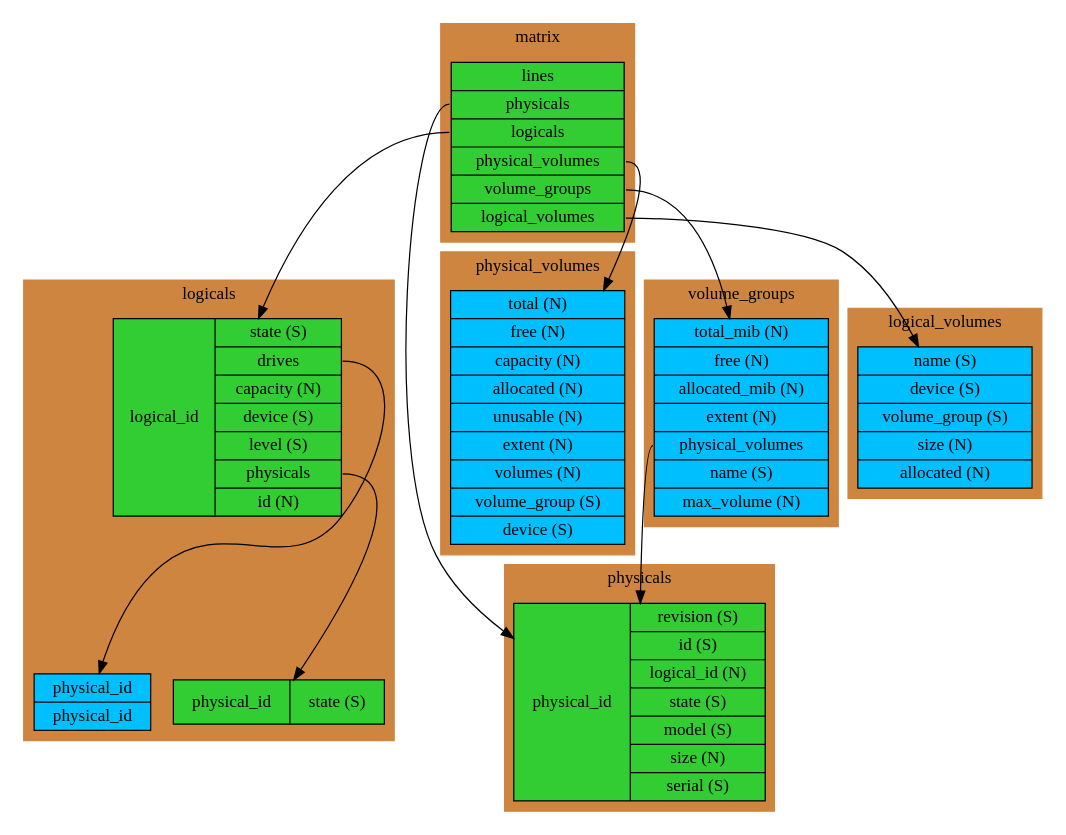
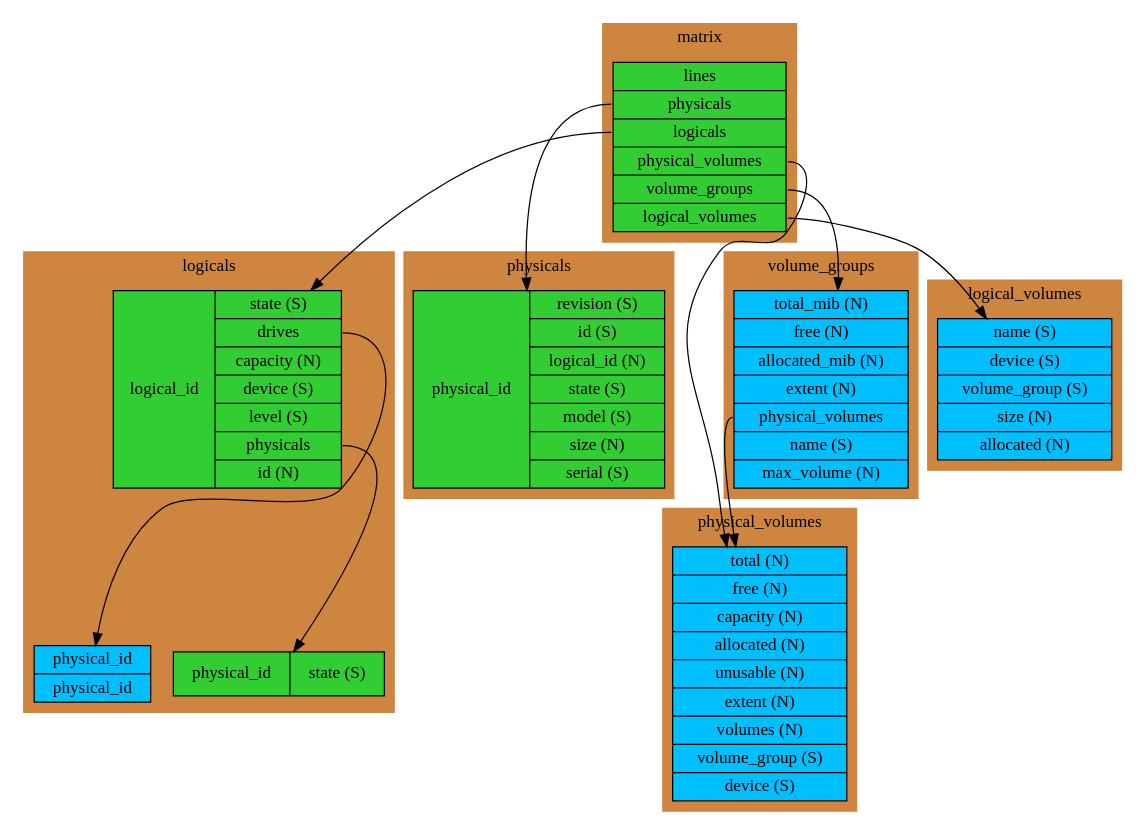
Before and after one commit to ETegro/OpenSAN: the diagram in docs/luci/description_matrix.dot, drawn with Graphviz.

Commit message:
Moved node style definitions outside subgraphs Signed-off-by: Sergey Matveev <stargrave@stargrave.org>

```diff
--- a/docs/luci/description_matrix.dot
+++ b/docs/luci/description_matrix.dot
@@ -1,62 +1,47 @@
 digraph {
+	node [ shape = "record", style = "filled" ];
+	style = "filled";
+	color = "peru";
+
 	subgraph cluster_matrix {
 		label = "matrix";
-		node [ shape = "record", style = "filled" ];
-		style = "filled";
-		color = "peru";
 
 		node_matrix [ label = "{ <lines>lines | <physicals>physicals | <logicals>logicals | <physical_volumes>physical_volumes | <volume_groups>volume_groups | <logical_volumes>logical_volumes }", fillcolor = "limegreen" ];
 	}
 	subgraph cluster_logicals {
 		label = "logicals";
-		node [ shape = "record", style = "filled" ];
-		style = "filled";
-		color = "peru";
 
 		node_logicals [ label = "logical_id | { state (S) | <drives>drives | capacity (N) | device (S) | level (S) | <physicals>physicals | id (N) }", fillcolor = "limegreen" ];
 		node_logicals_drives [ label = "{ physical_id | physical_id }", fillcolor = "deepskyblue" ];
 		node_logicals_physicals [ label = "physical_id | state (S)", fillcolor = "limegreen" ];
 		node_logicals:drives -> node_logicals_drives;
 		node_logicals:physicals -> node_logicals_physicals;
 	}
 	subgraph cluster_physicals {
 		label = "physicals";
-		node [ shape = "record", style = "filled" ];
-		style = "filled";
-		color = "peru";
 
 		node_physicals [ label = "physical_id | { revision (S) | id (S) | logical_id (N) | state (S) | model (S) | size (N) | serial (S) }", fillcolor = "limegreen" ];
 	}
 	subgraph cluster_physical_volumes {
 		label = "physical_volumes";
-		node [ shape = "record", style = "filled" ];
-		style = "filled";
-		color = "peru";
 
 		node_physical_volumes [ label = "{ total (N) | free (N) | capacity (N) | allocated (N) | unusable (N) | extent (N) | volumes (N) | volume_group (S) | device (S) }", fillcolor = "deepskyblue" ];
 	}
 	subgraph cluster_volume_groups {
 		label = "volume_groups";
-		node [ shape = "record", style = "filled" ];
-		style = "filled";
-		color = "peru";
 
 		node_volume_groups [ label = "{ total_mib (N) | free (N) | allocated_mib (N) | extent (N) | <physical_volumes>physical_volumes | name (S) | max_volume (N) }", fillcolor = "deepskyblue" ];
-		//node_volume_groups_physical_volumes [ label = "{ total (N) | free (N) | capacity (N) | allocated (N) | unusable (N) | extent (N) | volumes (N) | volume_group (S) | device (S) }", fillcolor = "deepskyblue" ];
-		node_volume_groups:physical_volumes -> node_physicals;
+		node_volume_groups:physical_volumes -> node_physical_volumes;
 	}
 	subgraph cluster_logical_volumes {
 		label = "logical_volumes";
-		node [ shape = "record", style = "filled" ];
-		style = "filled";
-		color = "peru";
 
 		node_logical_volumes [ label = "{ name (S) | device (S) | volume_group (S) | size (N) | allocated (N) }", fillcolor = "deepskyblue" ];
 	}
 
 	node_matrix:logicals -> node_logicals;
 	node_matrix:physicals -> node_physicals;
 	node_matrix:physical_volumes -> node_physical_volumes;
 	node_matrix:volume_groups -> node_volume_groups;
 	node_matrix:logical_volumes -> node_logical_volumes;
 }
```
